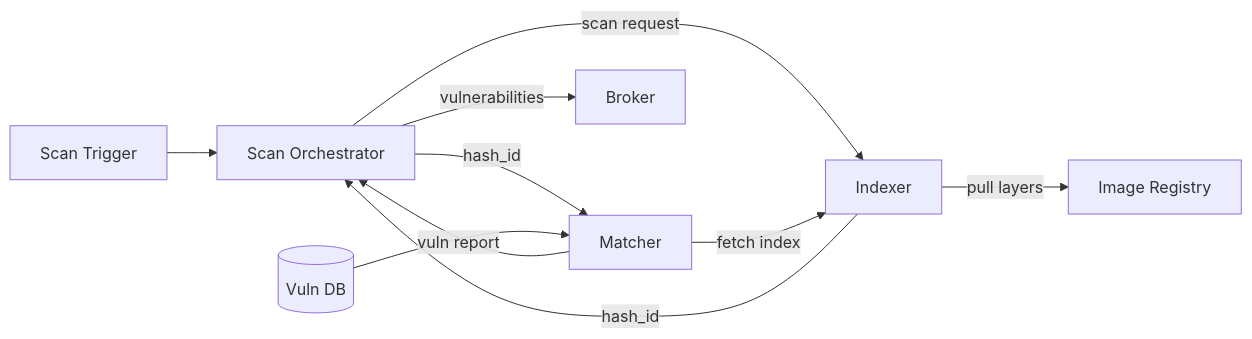
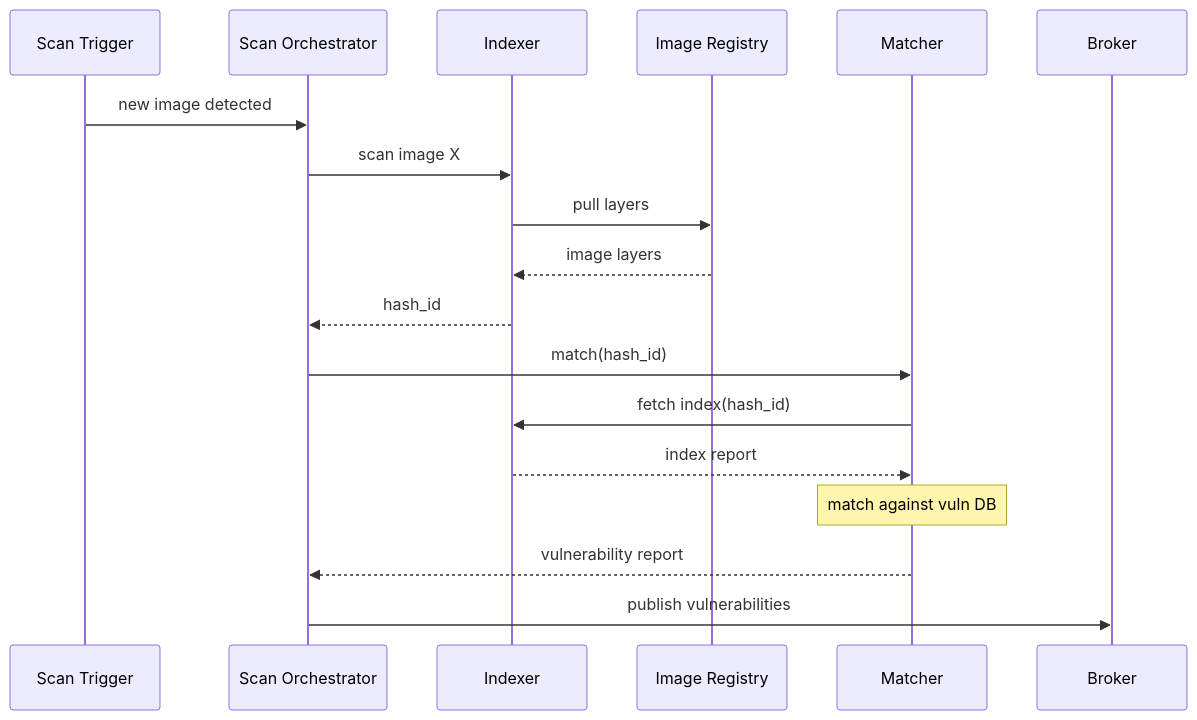
One commit to kylape/acs-next changed the first of 4 diagrams in docs/architecture/components/scanner.md. Above: the diagram before and after it, drawn with Mermaid.

Commit message:
Convert scanner component diagram to sequence diagram
Sequence diagram is clearer for showing the interaction flow between
Scan Orchestrator, Indexer, Matcher, and Broker.

````diff
--- a/docs/architecture/components/scanner.md
+++ b/docs/architecture/components/scanner.md
@@ -32,12 +32,21 @@
 ```mermaid
-graph LR
-    Trigger[Scan Trigger] --> Orch[Scan Orchestrator]
-    Orch -->|scan request| Indexer
-    Indexer -->|pull layers| Registry[Image Registry]
-    Indexer -->|hash_id| Orch
-    Orch -->|hash_id| Matcher
-    Matcher -->|fetch index| Indexer
-    Matcher -->|vuln report| Orch
-    VulnDB[(Vuln DB)] --> Matcher
-    Orch -->|vulnerabilities| Broker
+sequenceDiagram
+    participant Trigger as Scan Trigger
+    participant Orch as Scan Orchestrator
+    participant Indexer
+    participant Registry as Image Registry
+    participant Matcher
+    participant Broker
+
+    Trigger->>Orch: new image detected
+    Orch->>Indexer: scan image X
+    Indexer->>Registry: pull layers
+    Registry-->>Indexer: image layers
+    Indexer-->>Orch: hash_id
+    Orch->>Matcher: match(hash_id)
+    Matcher->>Indexer: fetch index(hash_id)
+    Indexer-->>Matcher: index report
+    Note over Matcher: match against vuln DB
+    Matcher-->>Orch: vulnerability report
+    Orch->>Broker: publish vulnerabilities
 ```
````
